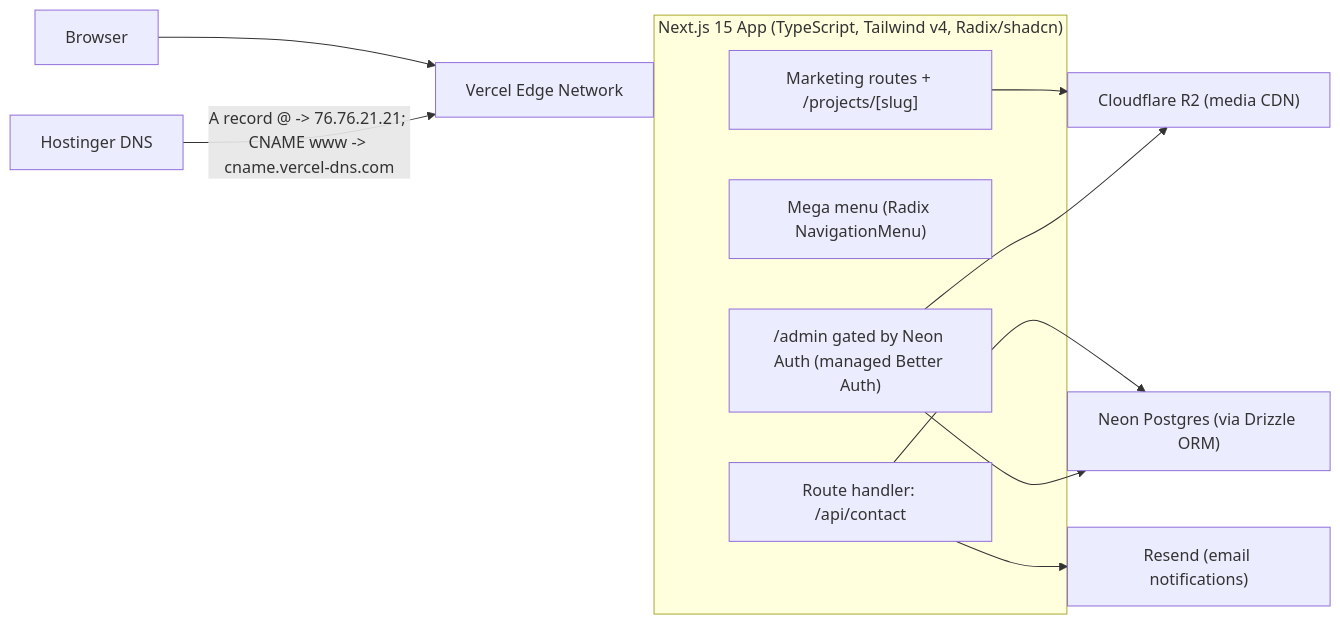
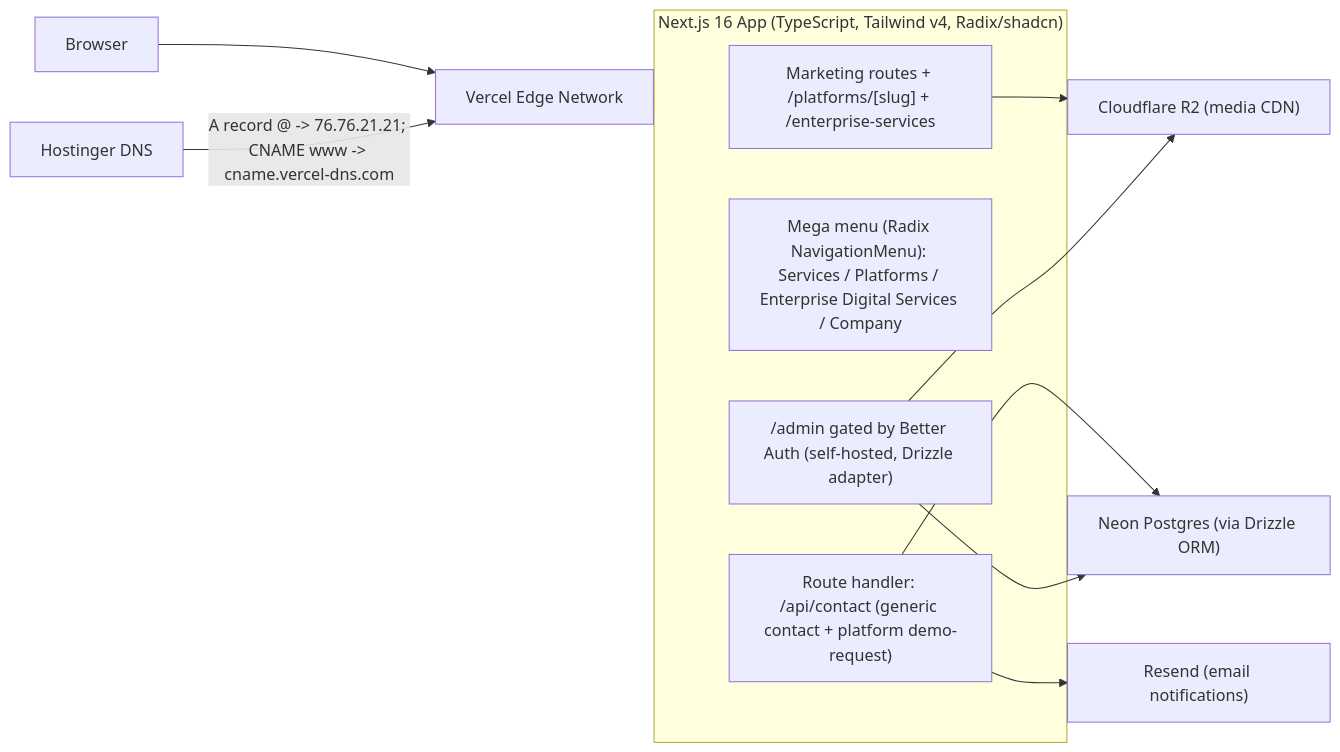
Before and after one commit to ikourouma/afronovation: the diagram in knowledgebase.md, drawn with Mermaid. The commit also changed other lines of this file and 82 other files, not shown here.

Commit message:
feat: dark conversion redesign - enterprise services + platforms ecosystem, SEO/trust pass, docs sync

````diff
--- a/knowledgebase.md
+++ b/knowledgebase.md
@@ -37,17 +40,17 @@
 ```mermaid
 flowchart LR
     Browser --> VercelEdge["Vercel Edge Network"]
     HostingerDNS["Hostinger DNS"] -->|"A record @ -> 76.76.21.21; CNAME www -> cname.vercel-dns.com"| VercelEdge
-    subgraph App["Next.js 15 App (TypeScript, Tailwind v4, Radix/shadcn)"]
-        Pages["Marketing routes + /projects/[slug]"]
-        MegaMenu["Mega menu (Radix NavigationMenu)"]
-        API["Route handler: /api/contact"]
-        Admin["/admin gated by Neon Auth (managed Better Auth)"]
+    subgraph App["Next.js 16 App (TypeScript, Tailwind v4, Radix/shadcn)"]
+        Pages["Marketing routes + /platforms/[slug] + /enterprise-services"]
+        MegaMenu["Mega menu (Radix NavigationMenu): Services / Platforms / Enterprise Digital Services / Company"]
+        API["Route handler: /api/contact (generic contact + platform demo-request)"]
+        Admin["/admin gated by Better Auth (self-hosted, Drizzle adapter)"]
     end
     VercelEdge --> App
     API --> NeonDB["Neon Postgres (via Drizzle ORM)"]
     API --> ResendAPI["Resend (email notifications)"]
     Pages --> R2["Cloudflare R2 (media CDN)"]
     Admin --> NeonDB
     Admin --> R2
 ```
````
